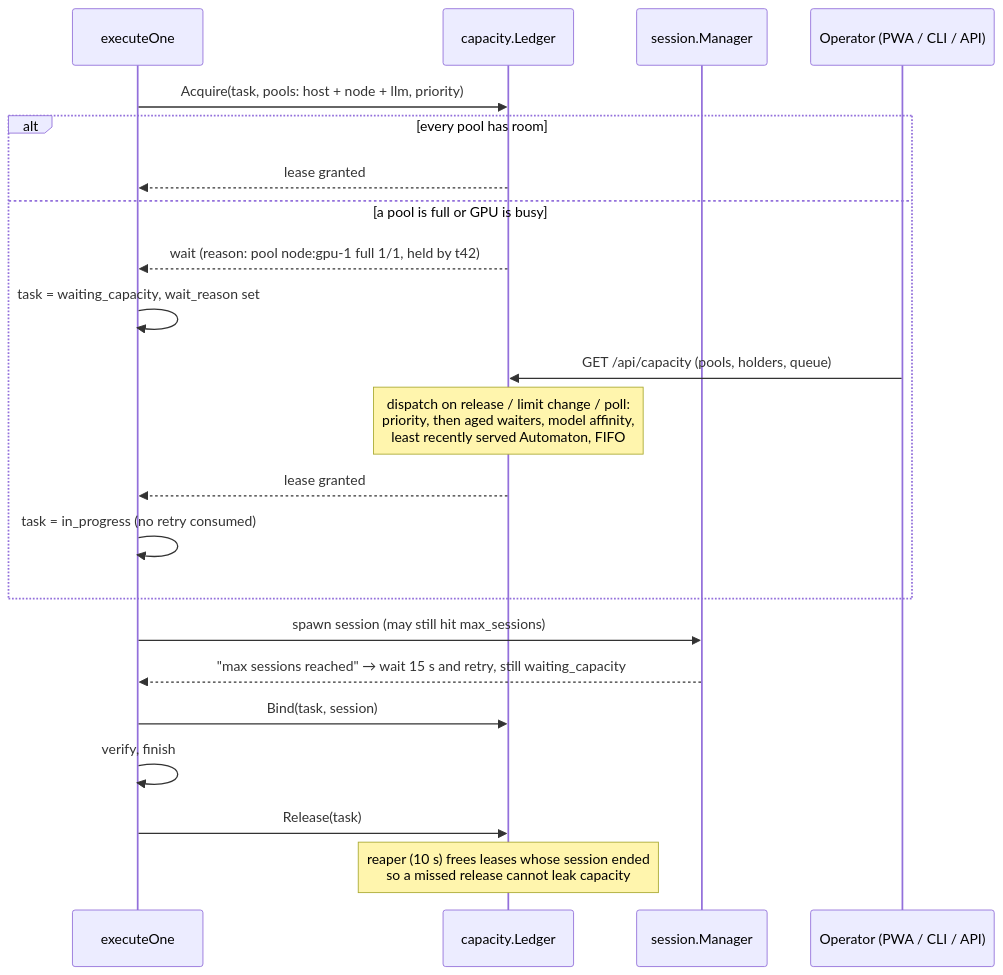
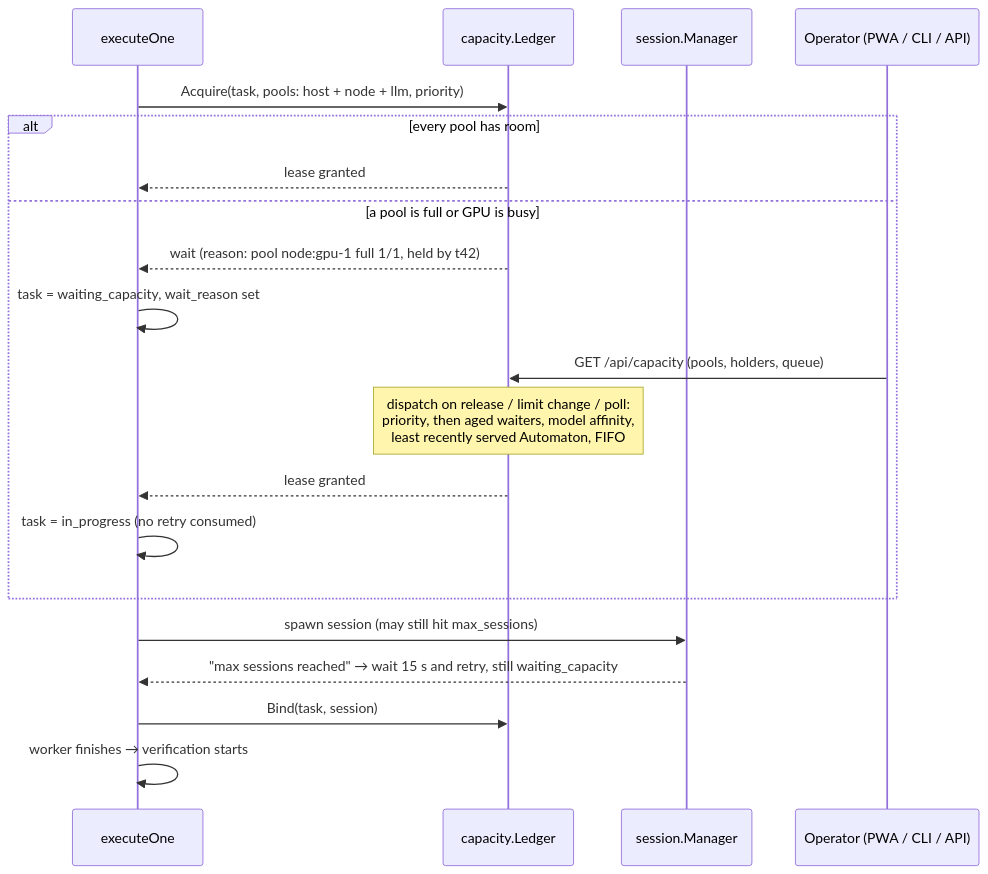
One commit to dmz006/datawatch changed the first of 4 diagrams in docs/flow/automata-capacity-flow.md. Above: the diagram before and after it, drawn with Mermaid. The commit also changed other lines of this file and 9 other files, not shown here.

````diff
--- a/docs/flow/automata-capacity-flow.md
+++ b/docs/flow/automata-capacity-flow.md
@@ -6,25 +9,23 @@
 ```mermaid
 sequenceDiagram
     participant Ex as executeOne
     participant L as capacity.Ledger
     participant S as session.Manager
     participant Op as Operator (PWA / CLI / API)
 
     Ex->>L: Acquire(task, pools: host + node + llm, priority)
     alt every pool has room
         L-->>Ex: lease granted
     else a pool is full or GPU is busy
         L-->>Ex: wait (reason: pool node:gpu-1 full 1/1, held by t42)
         Ex->>Ex: task = waiting_capacity, wait_reason set
         Op->>L: GET /api/capacity (pools, holders, queue)
         Note over L: dispatch on release / limit change / poll:<br/>priority, then aged waiters, model affinity,<br/>least recently served Automaton, FIFO
         L-->>Ex: lease granted
         Ex->>Ex: task = in_progress (no retry consumed)
     end
     Ex->>S: spawn session (may still hit max_sessions)
     S-->>Ex: "max sessions reached" → wait 15 s and retry, still waiting_capacity
     Ex->>L: Bind(task, session)
-    Ex->>Ex: verify, finish
-    Ex->>L: Release(task)
-    Note over L: reaper (10 s) frees leases whose session ended<br/>so a missed release cannot leak capacity
+    Ex->>Ex: worker finishes → verification starts
 ```
````
